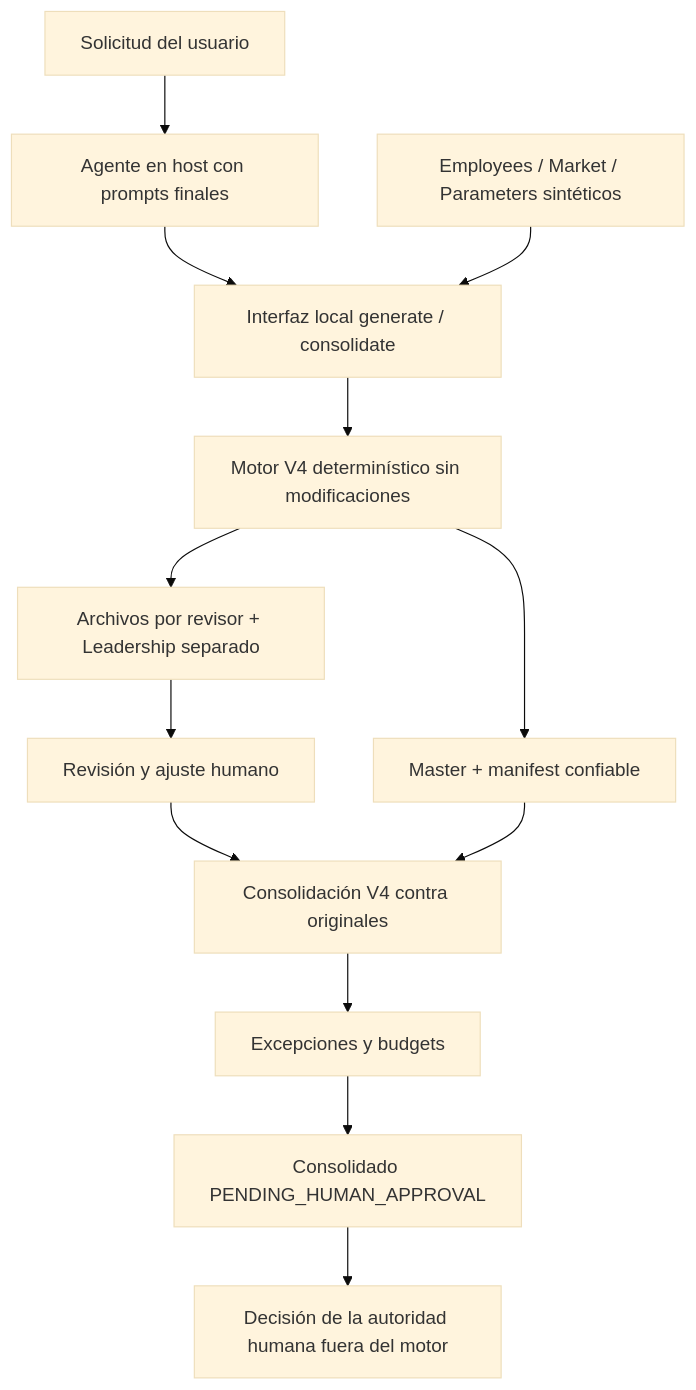
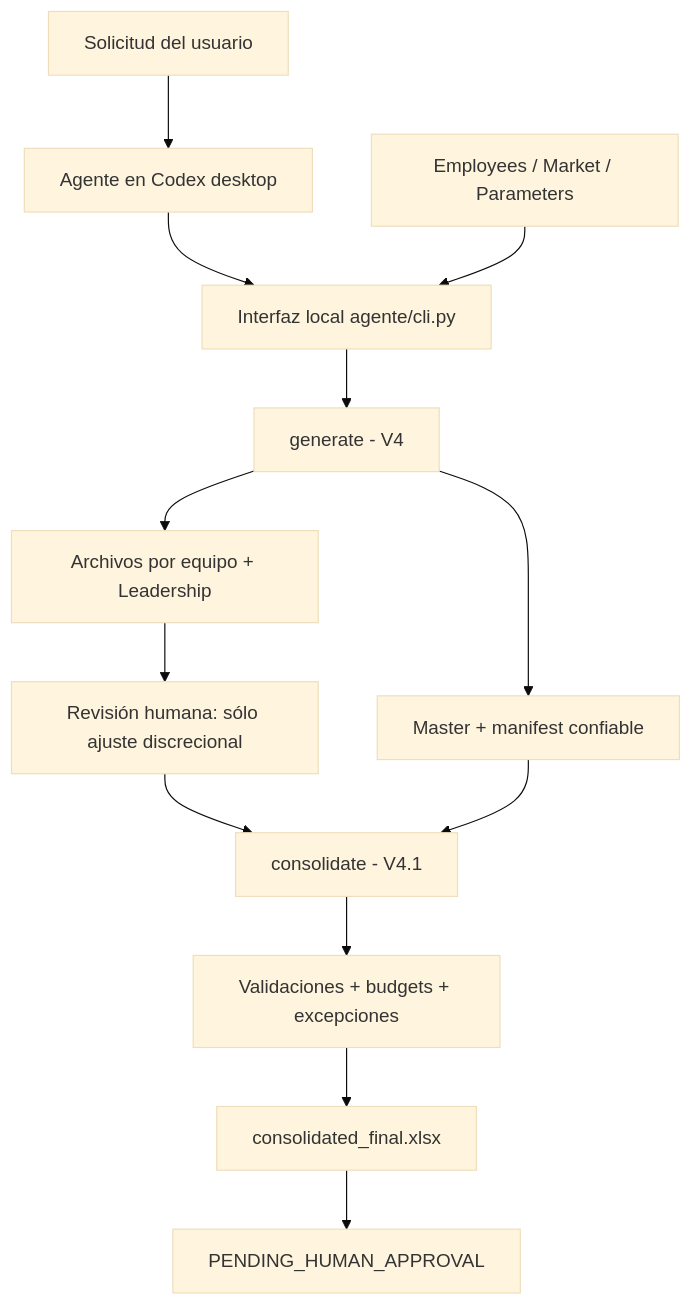
The diagram in Trabajo-Final/README.md (leonardoiannello-pixel/Clase-UCEMA), drawn with Mermaid (base theme) before and after one commit. The commit also changed other lines of this file, not shown here.

Commit message:
docs(final): update README to reflect completed runs and V4.1

````diff
--- a/Trabajo-Final/README.md
+++ b/Trabajo-Final/README.md
@@ -37,15 +43,15 @@
 ```mermaid
 flowchart TD
-    U[Solicitud del usuario] --> A[Agente en host con prompts finales]
-    A --> I[Interfaz local generate / consolidate]
-    E[Employees / Market / Parameters sintéticos] --> I
-    I --> V[Motor V4 determinístico sin modificaciones]
-    V --> P[Master + manifest confiable]
-    V --> R[Archivos por revisor + Leadership separado]
-    R --> H[Revisión y ajuste humano]
-    H --> C[Consolidación V4 contra originales]
+    U[Solicitud del usuario] --> A[Agente en Codex desktop]
+    A --> I[Interfaz local agente/cli.py]
+    E[Employees / Market / Parameters] --> I
+    I --> G[generate - V4]
+    G --> P[Master + manifest confiable]
+    G --> R[Archivos por equipo + Leadership]
+    R --> H[Revisión humana: sólo ajuste discrecional]
+    H --> C[consolidate - V4.1]
     P --> C
-    C --> X[Excepciones y budgets]
-    X --> F[Consolidado PENDING_HUMAN_APPROVAL]
-    F --> AP[Decisión de la autoridad humana fuera del motor]
+    C --> X[Validaciones + budgets + excepciones]
+    X --> F[consolidated_final.xlsx]
+    F --> AP[PENDING_HUMAN_APPROVAL]
 ```
````
